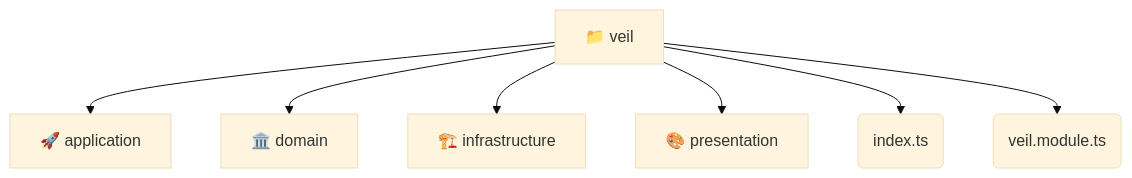
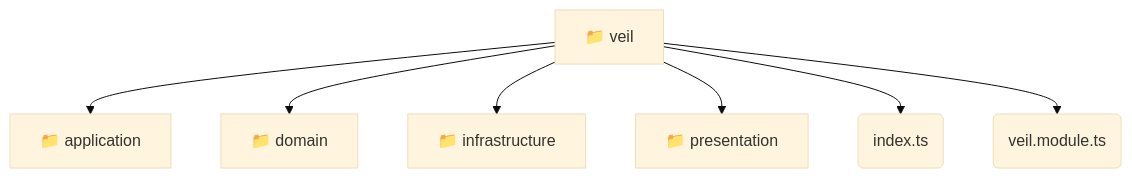
One commit to beginwebdev2002/fullstack-mavluda changed the diagram in backend/src/modules/veil/README.md. Above: the diagram before and after it, drawn with Mermaid (base theme). The commit also changed other lines of this file and 155 other files, not shown here.

````diff
--- a/backend/src/modules/veil/README.md
+++ b/backend/src/modules/veil/README.md
@@ -9,10 +9,10 @@
 ```mermaid
 graph TD
   veil[📁 veil]
-  veil --> application[🚀 application]
-  veil --> domain[🏛️ domain]
-  veil --> infrastructure[🏗️ infrastructure]
-  veil --> presentation[🎨 presentation]
-  veil --> index_ts(index.ts)
-  veil --> veil_module_ts(veil.module.ts)
+  veil --> veil_application[📁 application]
+  veil --> veil_domain[📁 domain]
+  veil --> veil_infrastructure[📁 infrastructure]
+  veil --> veil_presentation[📁 presentation]
+  veil --> veil_index_ts(index.ts)
+  veil --> veil_veil_module_ts(veil.module.ts)
 ```
````
